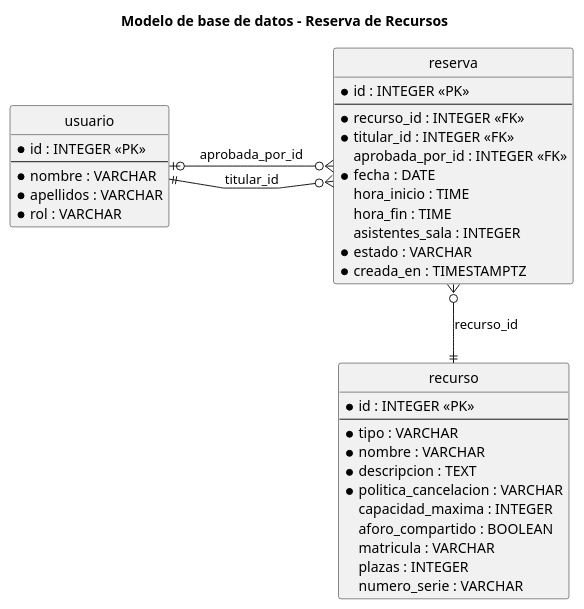
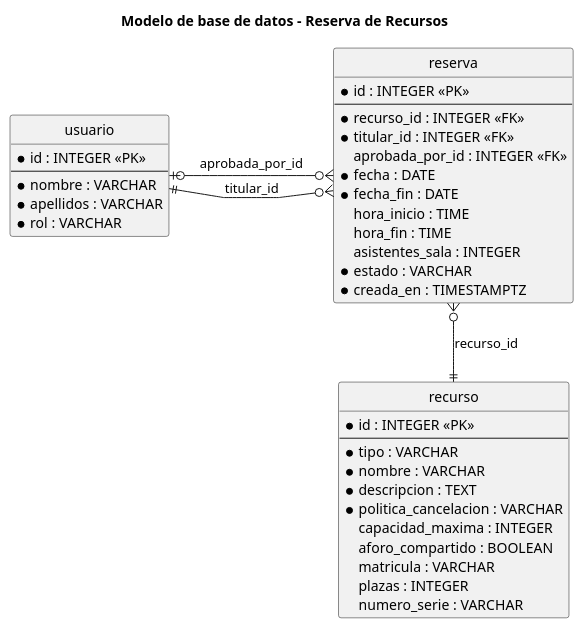
One commit to QudeCode/prueba-raul-app2you changed the diagram in docs/diagramas/modelo_bd.puml. Above: the diagram before and after it, drawn with PlantUML. The commit also changed 31 other files, not shown here.

```diff
--- a/docs/diagramas/modelo_bd.puml
+++ b/docs/diagramas/modelo_bd.puml
@@ -1,49 +1,50 @@
 @startuml modelo_bd
 title Modelo de base de datos - Reserva de Recursos
 
 hide circle
 skinparam linetype polyline
 skinparam nodesep 60
 skinparam ranksep 60
 
 entity usuario {
   * id : INTEGER <<PK>>
   --
   * nombre : VARCHAR
   * apellidos : VARCHAR
   * rol : VARCHAR
 }
 
 entity recurso {
   * id : INTEGER <<PK>>
   --
   * tipo : VARCHAR
   * nombre : VARCHAR
   * descripcion : TEXT
   * politica_cancelacion : VARCHAR
   capacidad_maxima : INTEGER
   aforo_compartido : BOOLEAN
   matricula : VARCHAR
   plazas : INTEGER
   numero_serie : VARCHAR
 }
 
 entity reserva {
   * id : INTEGER <<PK>>
   --
   * recurso_id : INTEGER <<FK>>
   * titular_id : INTEGER <<FK>>
   aprobada_por_id : INTEGER <<FK>>
   * fecha : DATE
+  * fecha_fin : DATE
   hora_inicio : TIME
   hora_fin : TIME
   asistentes_sala : INTEGER
   * estado : VARCHAR
   * creada_en : TIMESTAMPTZ
 }
 
 reserva }o-down-|| recurso : recurso_id
 reserva }o-left-|| usuario : titular_id
 reserva }o-left-o| usuario : aprobada_por_id
 
 @enduml
```
